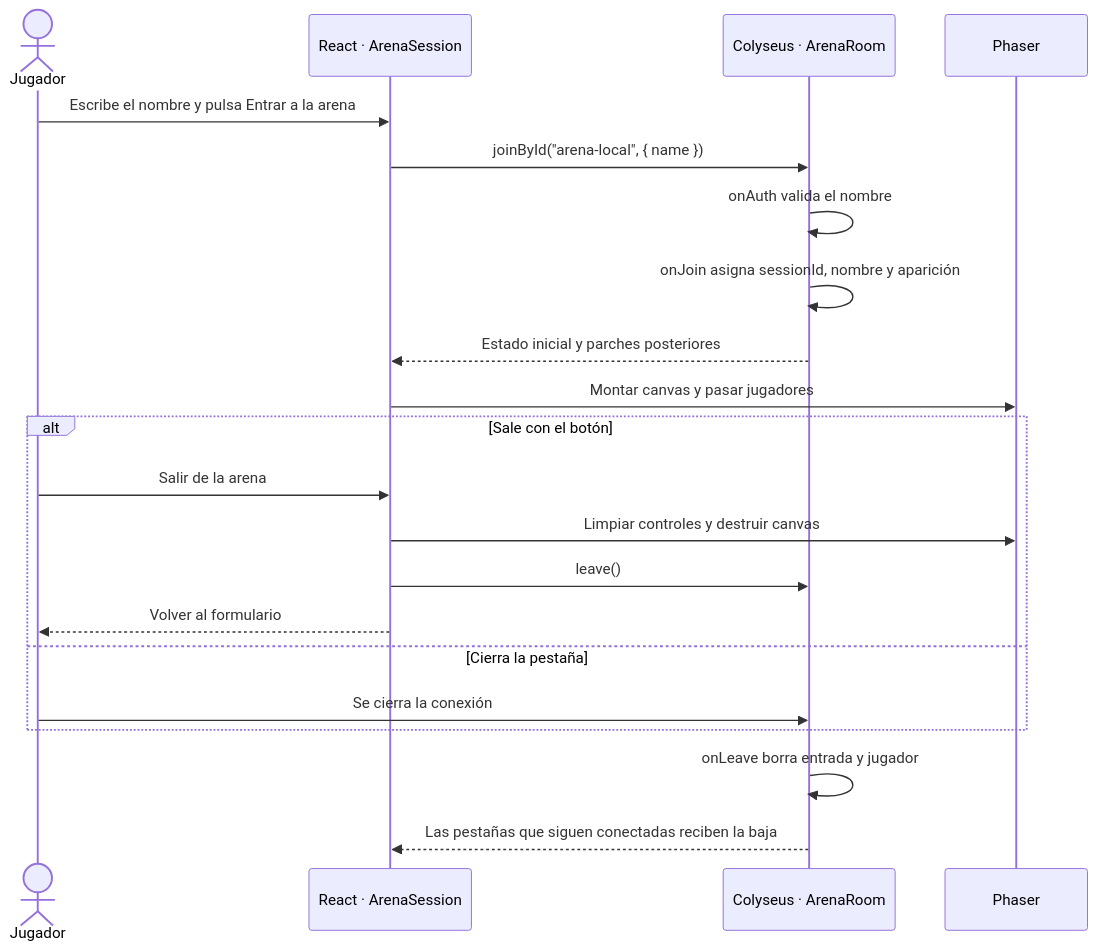
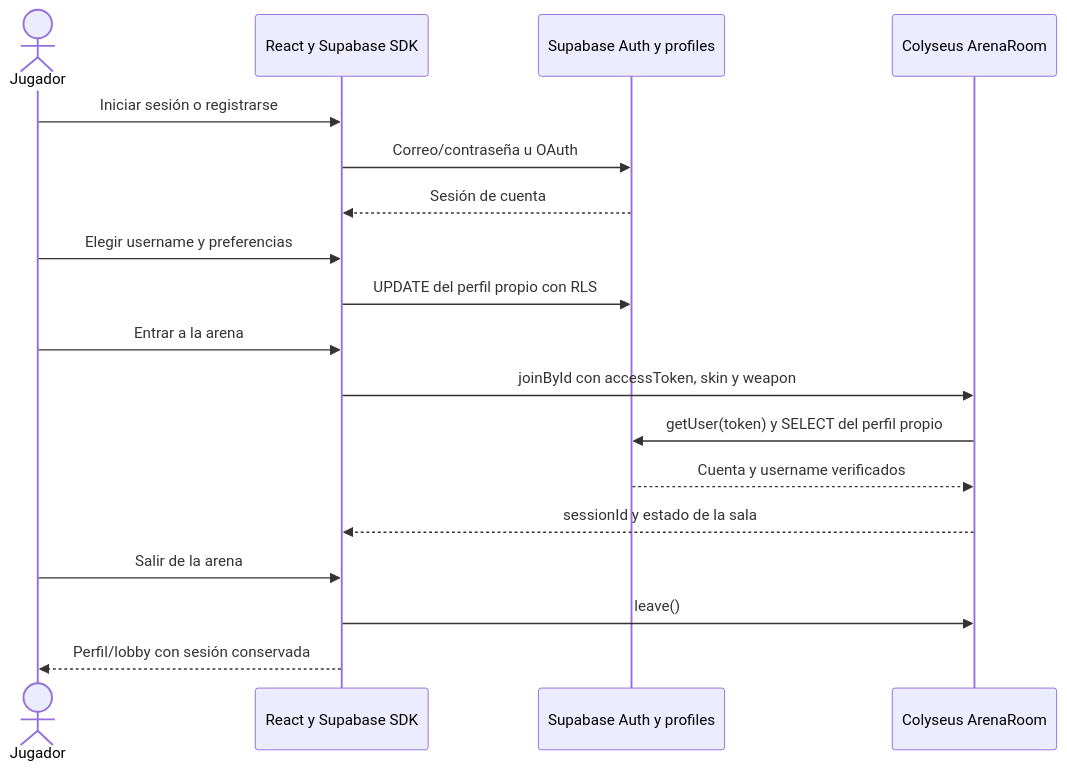
The second of 2 diagrams in DOCUMENTACION.md (EMSiiU/TAP-WAR), drawn with Mermaid before and after one commit. The commit also changed other lines of this file and 41 other files, not shown here.

Commit message:
feat: integra autenticacion Supabase y perfiles con foto, actualizacion de documentacion

````diff
--- a/DOCUMENTACION.md
+++ b/DOCUMENTACION.md
@@ -103,24 +110,20 @@
 ```mermaid
 sequenceDiagram
     actor J as Jugador
-    participant R as React · ArenaSession
-    participant S as Colyseus · ArenaRoom
-    participant P as Phaser
-
-    J->>R: Escribe el nombre y pulsa Entrar a la arena
-    R->>S: joinById("arena-local", { name })
-    S->>S: onAuth valida el nombre
-    S->>S: onJoin asigna sessionId, nombre y aparición
-    S-->>R: Estado inicial y parches posteriores
-    R->>P: Montar canvas y pasar jugadores
-    alt Sale con el botón
-        J->>R: Salir de la arena
-        R->>P: Limpiar controles y destruir canvas
-        R->>S: leave()
-        R-->>J: Volver al formulario
-    else Cierra la pestaña
-        J->>S: Se cierra la conexión
-    end
-    S->>S: onLeave borra entrada y jugador
-    S-->>R: Las pestañas que siguen conectadas reciben la baja
+    participant R as React y Supabase SDK
+    participant A as Supabase Auth y profiles
+    participant S as Colyseus ArenaRoom
+    J->>R: Iniciar sesión o registrarse
+    R->>A: Correo/contraseña u OAuth
+    A-->>R: Sesión de cuenta
+    J->>R: Elegir username y preferencias
+    R->>A: UPDATE del perfil propio con RLS
+    J->>R: Entrar a la arena
+    R->>S: joinById con accessToken, skin y weapon
+    S->>A: getUser(token) y SELECT del perfil propio
+    A-->>S: Cuenta y username verificados
+    S-->>R: sessionId y estado de la sala
+    J->>R: Salir de la arena
+    R->>S: leave()
+    R-->>J: Perfil/lobby con sesión conservada
 ```
````
